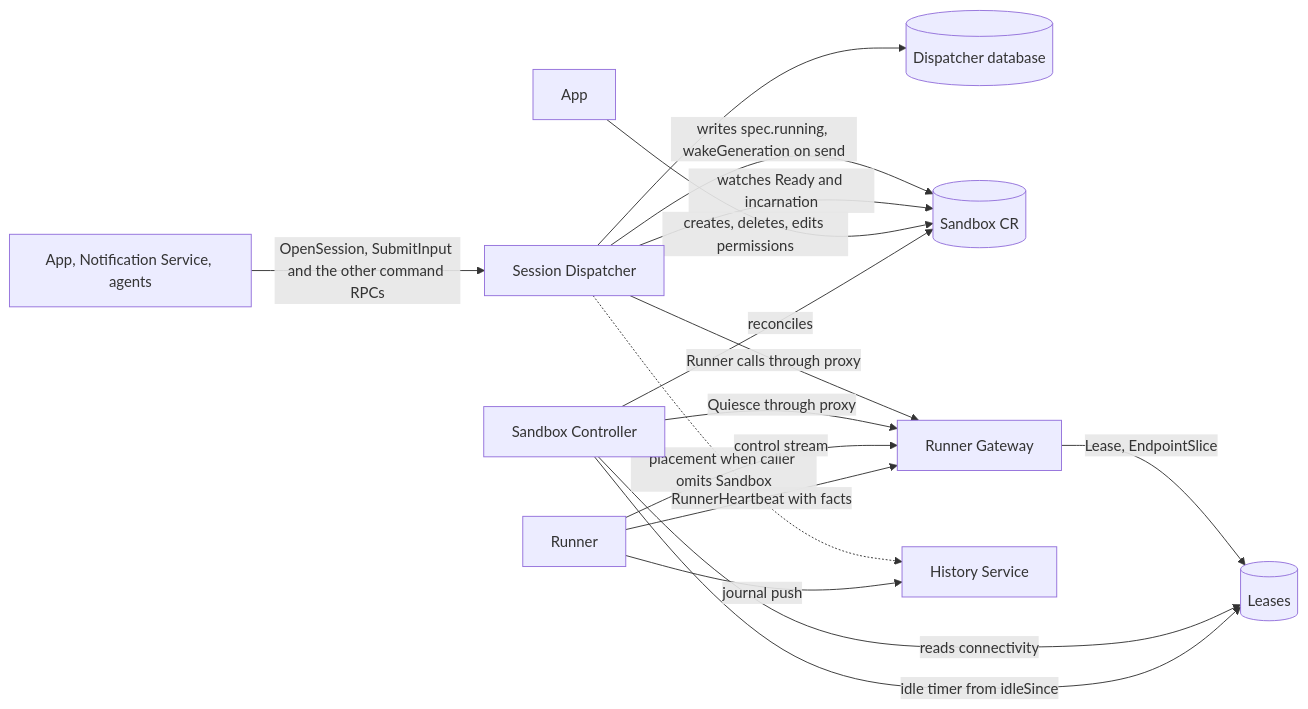
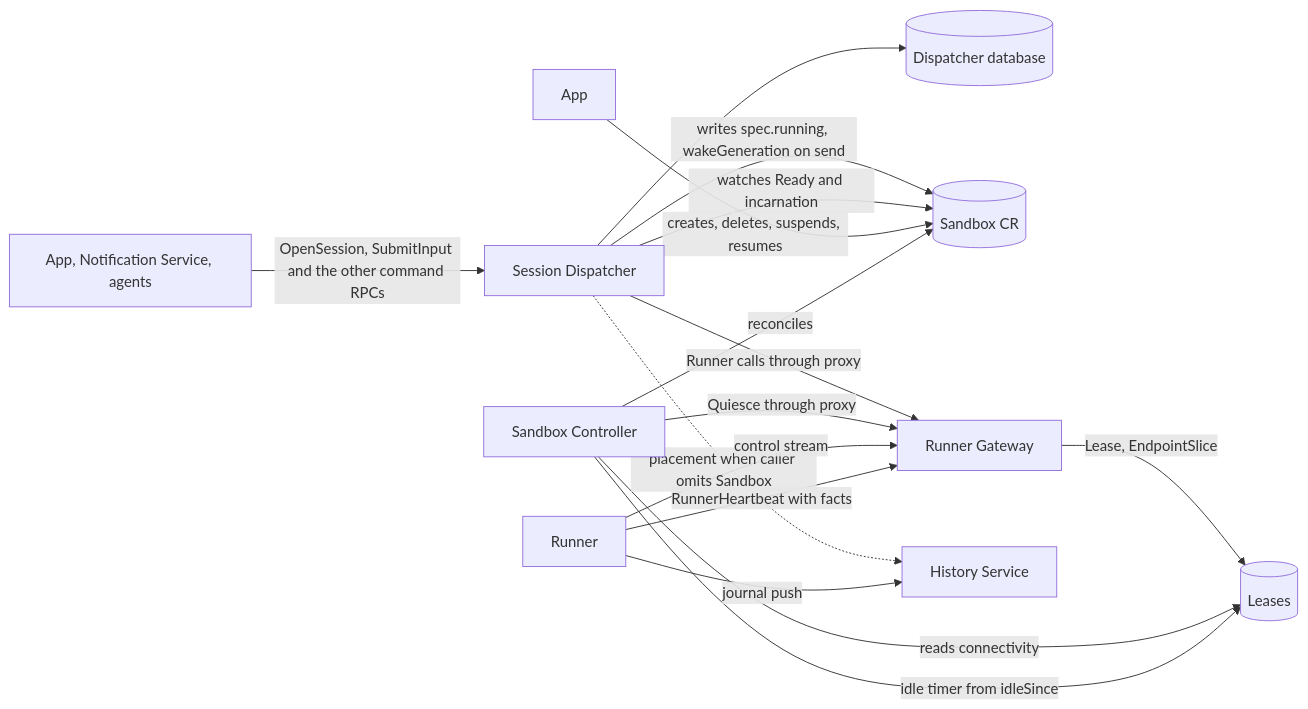
Before and after one commit to agentydragon/ducktape: the first of 5 diagrams in agentplane/docs/adr_sandbox_session_control.md, drawn with Mermaid. The commit also changed other lines of this file, not shown here.

First line of the commit message:
ADR: seven review leftovers (app Role, stale Seal polling, sequence diagram, console row)

````diff
--- a/agentplane/docs/adr_sandbox_session_control.md
+++ b/agentplane/docs/adr_sandbox_session_control.md
@@ -73,18 +73,18 @@
 ```mermaid
 flowchart LR
     Sender[App, Notification Service, agents] -- OpenSession, SubmitInput and the other command RPCs --> K[Session Dispatcher]
     K --> KDB[(Dispatcher database)]
     K -- writes spec.running, wakeGeneration on send --> CR
     K -- watches Ready and incarnation --> CR
     K -- Runner calls through proxy --> GW[Runner Gateway]
     K -. placement when caller omits Sandbox .-> HS[History Service]
-    App[App] -- creates, deletes, edits permissions --> CR[(Sandbox CR)]
+    App[App] -- creates, deletes, suspends, resumes --> CR[(Sandbox CR)]
     SC[Sandbox Controller] -- reconciles --> CR
     SC -- Quiesce through proxy --> GW
     GW -- Lease, EndpointSlice --> L[(Leases)]
     SC -- reads connectivity --> L
     Runner -- control stream --> GW
     Runner -- journal push --> HS
     Runner -- RunnerHeartbeat with facts --> GW
     SC -- idle timer from idleSince --> L
 ```
````
